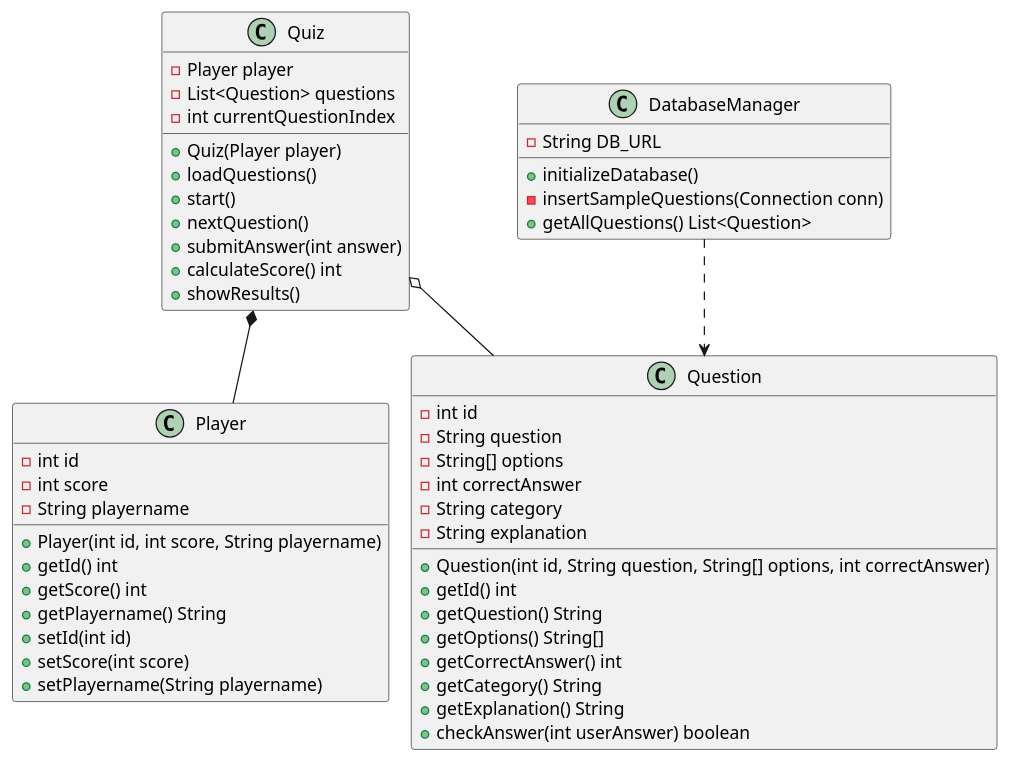
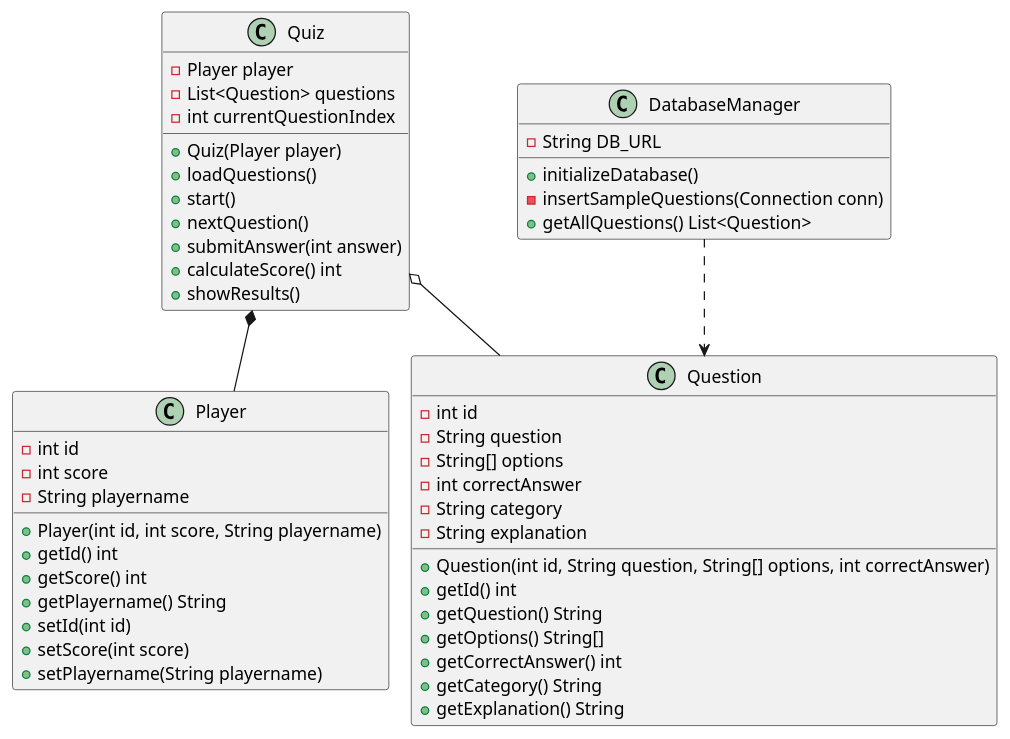
One commit to Gabbyskii/SP4 changed the diagram in doc-diagram/Klassediagram.puml. Above: the diagram before and after it, drawn with PlantUML. The commit also changed 1 other file, not shown here.

Commit message:
klassediagram + domænemodel v1!!

```diff
--- a/doc-diagram/Klassediagram.puml
+++ b/doc-diagram/Klassediagram.puml
@@ -1,65 +1,64 @@
 @startuml
 
 !pragma layout smetana
 
 class Quiz
 class Player
 class Question
 class DatabaseManager
 
 Quiz *-- Player
 Quiz o-- Question
 
 DatabaseManager ..> Question
 
 class DatabaseManager {
 - String DB_URL
 + initializeDatabase()
 - insertSampleQuestions(Connection conn)
 + getAllQuestions() List<Question>
 }
 
 class Player {
 - int id
 - int score
 - String playername
 + Player(int id, int score, String playername)
 + getId() int
 + getScore() int
 + getPlayername() String
 + setId(int id)
 + setScore(int score)
 + setPlayername(String playername)
 }
 
 class Question {
 - int id
 - String question
 - String[] options
 - int correctAnswer
 - String category
 - String explanation
 + Question(int id, String question, String[] options, int correctAnswer)
 + getId() int
 + getQuestion() String
 + getOptions() String[]
 + getCorrectAnswer() int
 + getCategory() String
 + getExplanation() String
-+ checkAnswer(int userAnswer) boolean
 }
 
 class Quiz {
 - Player player
 - List<Question> questions
 - int currentQuestionIndex
 + Quiz(Player player)
 + loadQuestions()
 + start()
 + nextQuestion()
 + submitAnswer(int answer)
 + calculateScore() int
 + showResults()
 }
 
 @enduml
```
